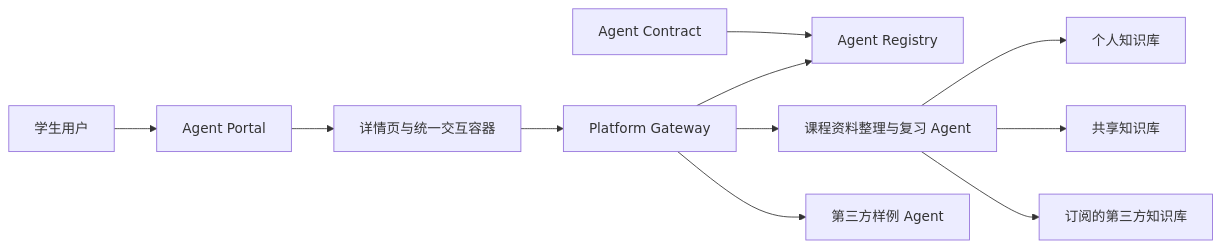
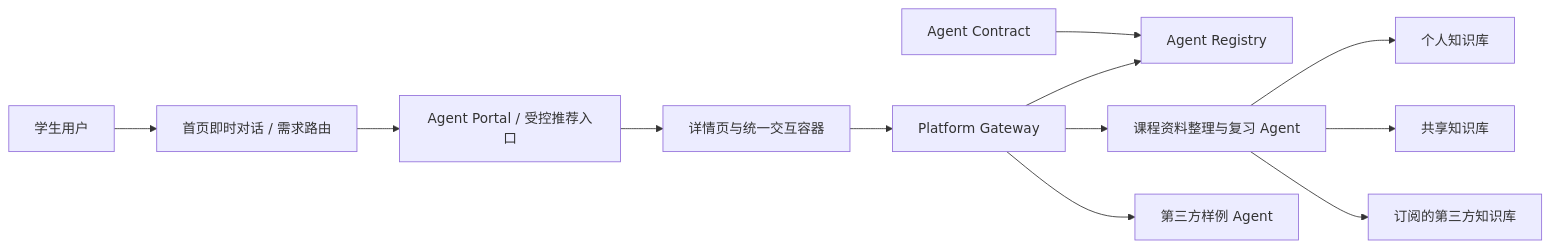
Before and after one commit to xytsakura/ai-for-better-life-in-ustc: the diagram in README.md, drawn with Mermaid. The commit also changed other lines of this file and 22 other files, not shown here.

````diff
--- a/README.md
+++ b/README.md
@@ -32,13 +35,14 @@
 ```mermaid
 flowchart LR
-    U["学生用户"] --> P["Agent Portal"]
+    U["学生用户"] --> H["首页即时对话 / 需求路由"]
+    H --> P["Agent Portal / 受控推荐入口"]
     P --> UI["详情页与统一交互容器"]
     UI --> G["Platform Gateway"]
     G --> R["Agent Registry"]
     G --> A1["课程资料整理与复习 Agent"]
     G --> A2["第三方样例 Agent"]
     A1 --> K1["个人知识库"]
     A1 --> K2["共享知识库"]
     A1 --> K3["订阅的第三方知识库"]
     C["Agent Contract"] --> R
 ```
````
